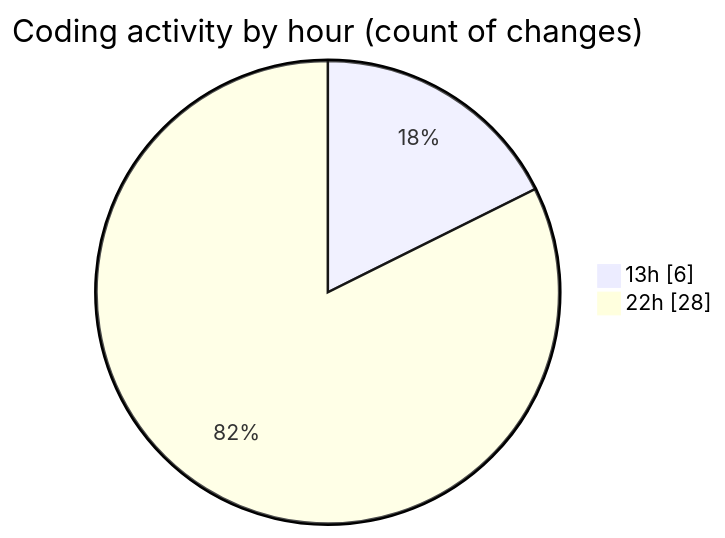
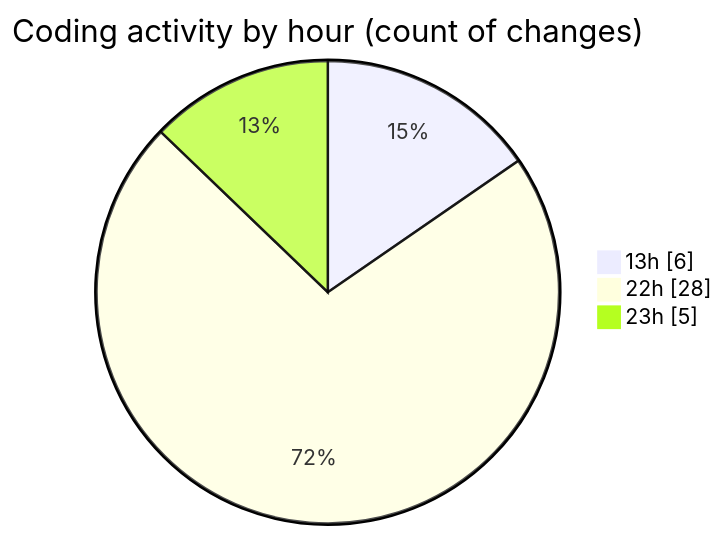
One commit to lephambinh05/code-tracking changed the second of 2 diagrams in 2025-09-02/quytuthien_vn/README.md. Above: the diagram before and after it, drawn with Mermaid. The commit also changed other lines of this file and 1 other file, not shown here.

````diff
--- a/2025-09-02/quytuthien_vn/README.md
+++ b/2025-09-02/quytuthien_vn/README.md
@@ -41,6 +41,7 @@
 ```mermaid
 pie showData
 title Coding activity by hour (count of changes)
 "13h" : 6
 "22h" : 28
+"23h" : 5
 ```
````
